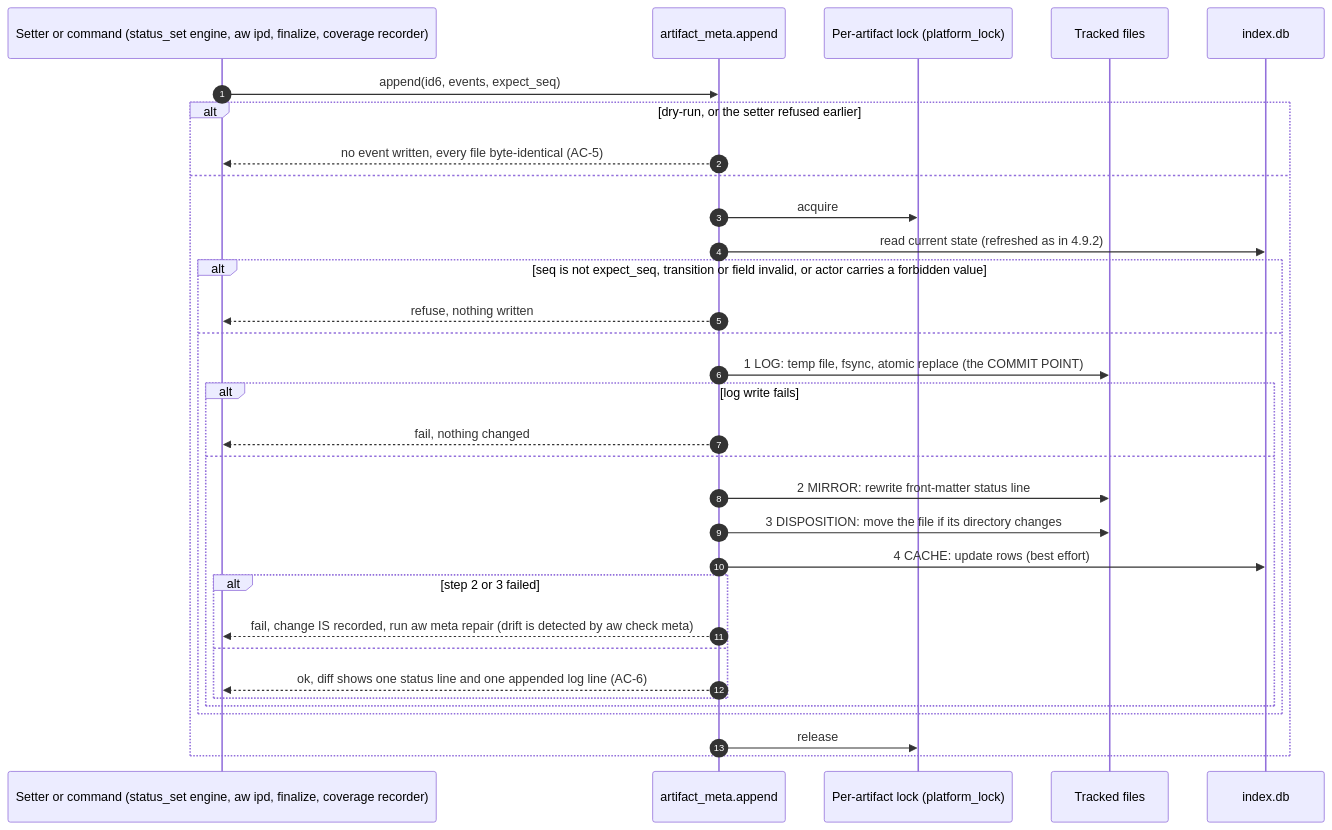
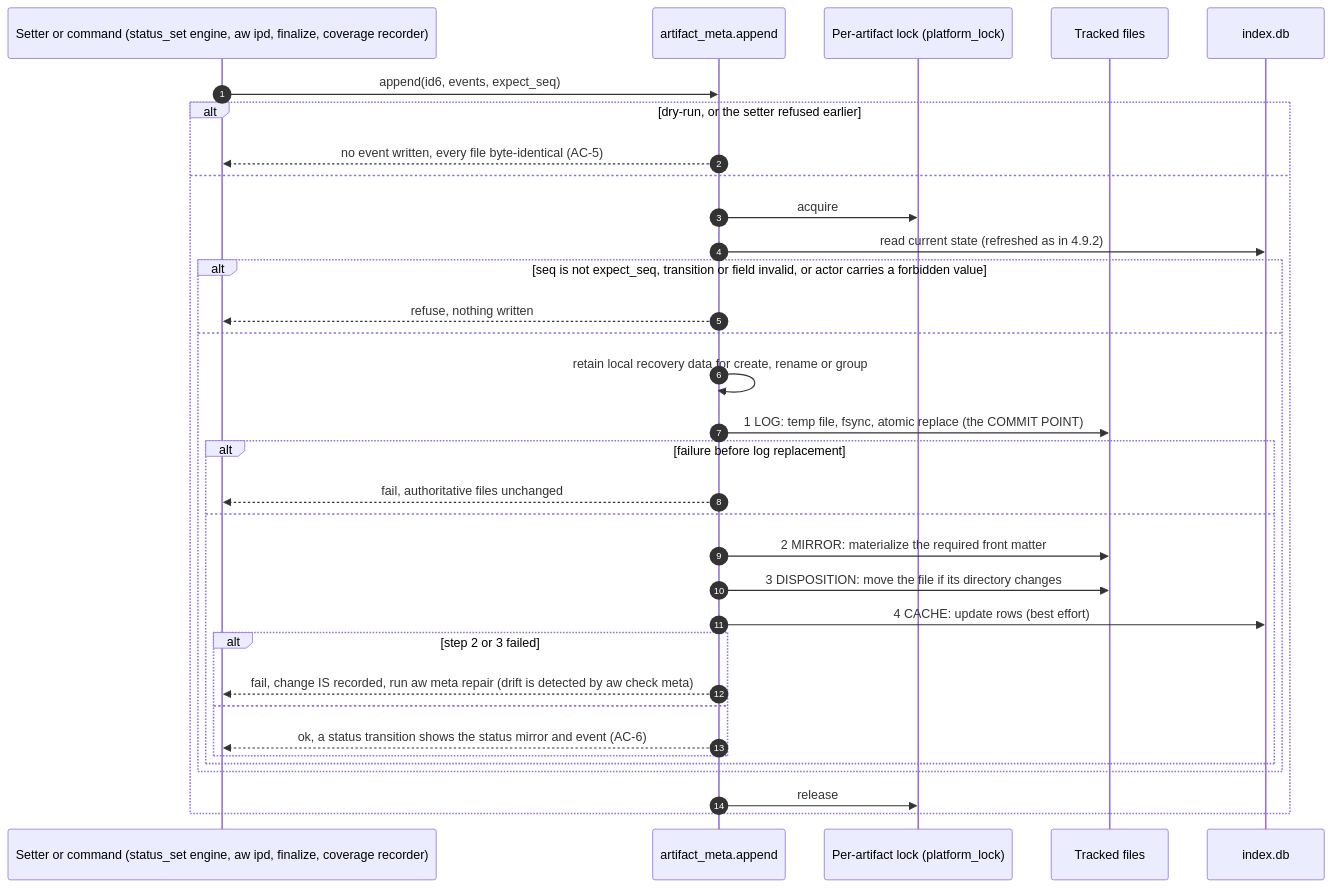
One commit to fariello/agent-workflows changed the fifth of 10 diagrams in .aw/records/specs/reviewed/20260925-metastore-01-4sd62s-artifact-metadata-store.spec.md. Above: the diagram before and after it, drawn with Mermaid. The commit also changed other lines of this file and 1 other file, not shown here.

````diff
--- a/.aw/records/specs/reviewed/20260925-metastore-01-4sd62s-artifact-metadata-store.spec.md
+++ b/.aw/records/specs/reviewed/20260925-metastore-01-4sd62s-artifact-metadata-store.spec.md
@@ -1341,34 +1445,35 @@
 ```mermaid
 sequenceDiagram
     autonumber
     participant S as Setter or command (status_set engine, aw ipd, finalize, coverage recorder)
     participant M as artifact_meta.append
     participant L as Per-artifact lock (platform_lock)
     participant G as Tracked files
     participant C as index.db
     S->>M: append(id6, events, expect_seq)
     alt dry-run, or the setter refused earlier
         M-->>S: no event written, every file byte-identical (AC-5)
     else
         M->>L: acquire
         M->>C: read current state (refreshed as in 4.9.2)
         alt seq is not expect_seq, transition or field invalid, or actor carries a forbidden value
             M-->>S: refuse, nothing written
         else
+            M->>M: retain local recovery data for create, rename or group
             M->>G: 1 LOG: temp file, fsync, atomic replace (the COMMIT POINT)
-            alt log write fails
-                M-->>S: fail, nothing changed
+            alt failure before log replacement
+                M-->>S: fail, authoritative files unchanged
             else
-                M->>G: 2 MIRROR: rewrite front-matter status line
+                M->>G: 2 MIRROR: materialize the required front matter
                 M->>G: 3 DISPOSITION: move the file if its directory changes
                 M->>C: 4 CACHE: update rows (best effort)
                 alt step 2 or 3 failed
                     M-->>S: fail, change IS recorded, run aw meta repair (drift is detected by aw check meta)
                 else
-                    M-->>S: ok, diff shows one status line and one appended log line (AC-6)
+                    M-->>S: ok, a status transition shows the status mirror and event (AC-6)
                 end
             end
         end
         M->>L: release
     end
 ```
````
